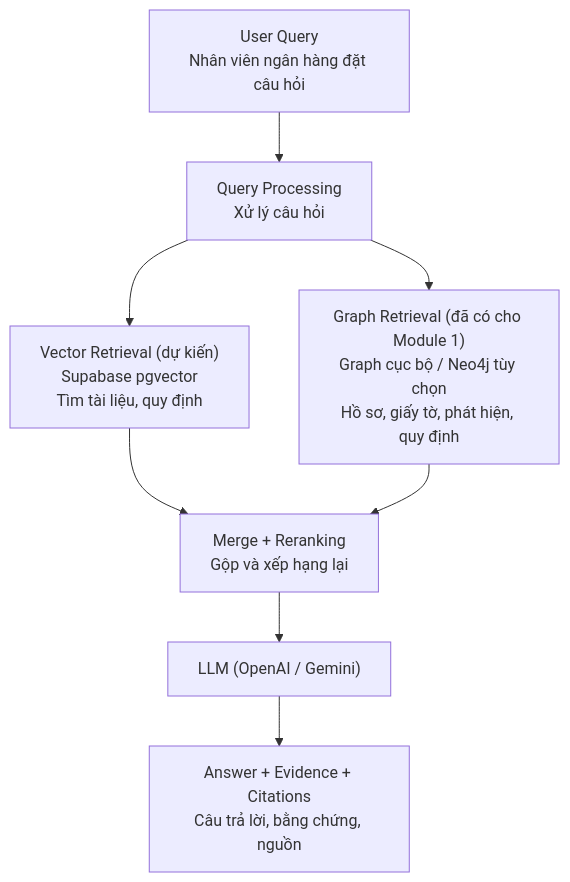
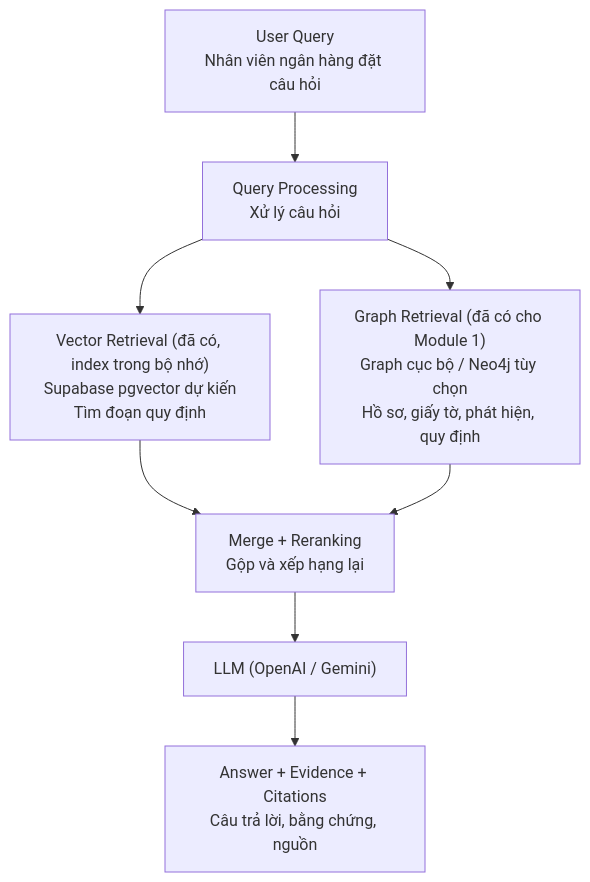
One commit to ydangishere/dev-projects changed the second of 2 diagrams in mms-ai-checker/README.vi.md. Above: the diagram before and after it, drawn with Mermaid. The commit also changed other lines of this file and 10 other files, not shown here.

First line of the commit message:
feat(mms): add hybrid policy retrieval with vector + keyword search and retrieval evaluation

````diff
--- a/mms-ai-checker/README.vi.md
+++ b/mms-ai-checker/README.vi.md
@@ -166,10 +166,10 @@
 ```mermaid
 flowchart TB
     Q["User Query<br/>Nhân viên ngân hàng đặt câu hỏi"] --> P["Query Processing<br/>Xử lý câu hỏi"]
-    P --> V["Vector Retrieval (dự kiến)<br/>Supabase pgvector<br/>Tìm tài liệu, quy định"]
+    P --> V["Vector Retrieval (đã có, index trong bộ nhớ)<br/>Supabase pgvector dự kiến<br/>Tìm đoạn quy định"]
     P --> G["Graph Retrieval (đã có cho Module 1)<br/>Graph cục bộ / Neo4j tùy chọn<br/>Hồ sơ, giấy tờ, phát hiện, quy định"]
     V --> M["Merge + Reranking<br/>Gộp và xếp hạng lại"]
     G --> M
     M --> L["LLM (OpenAI / Gemini)"]
     L --> A["Answer + Evidence + Citations<br/>Câu trả lời, bằng chứng, nguồn"]
 ```
````
